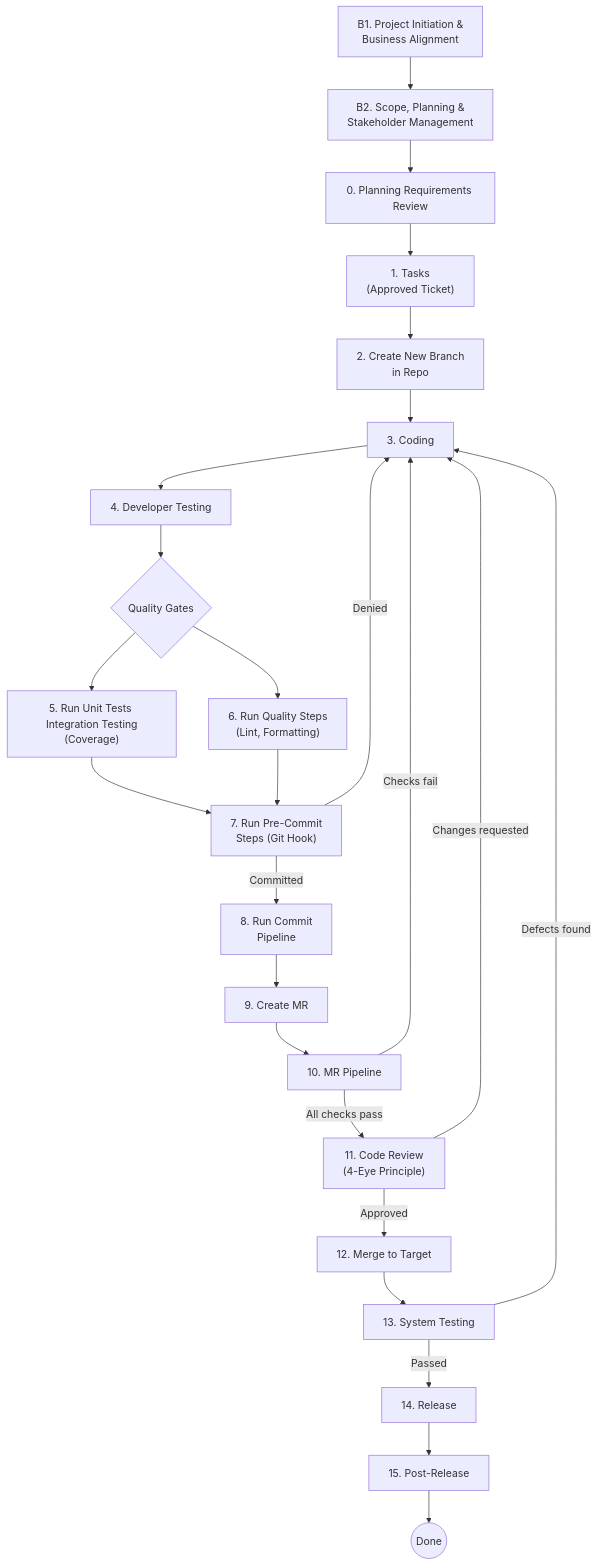
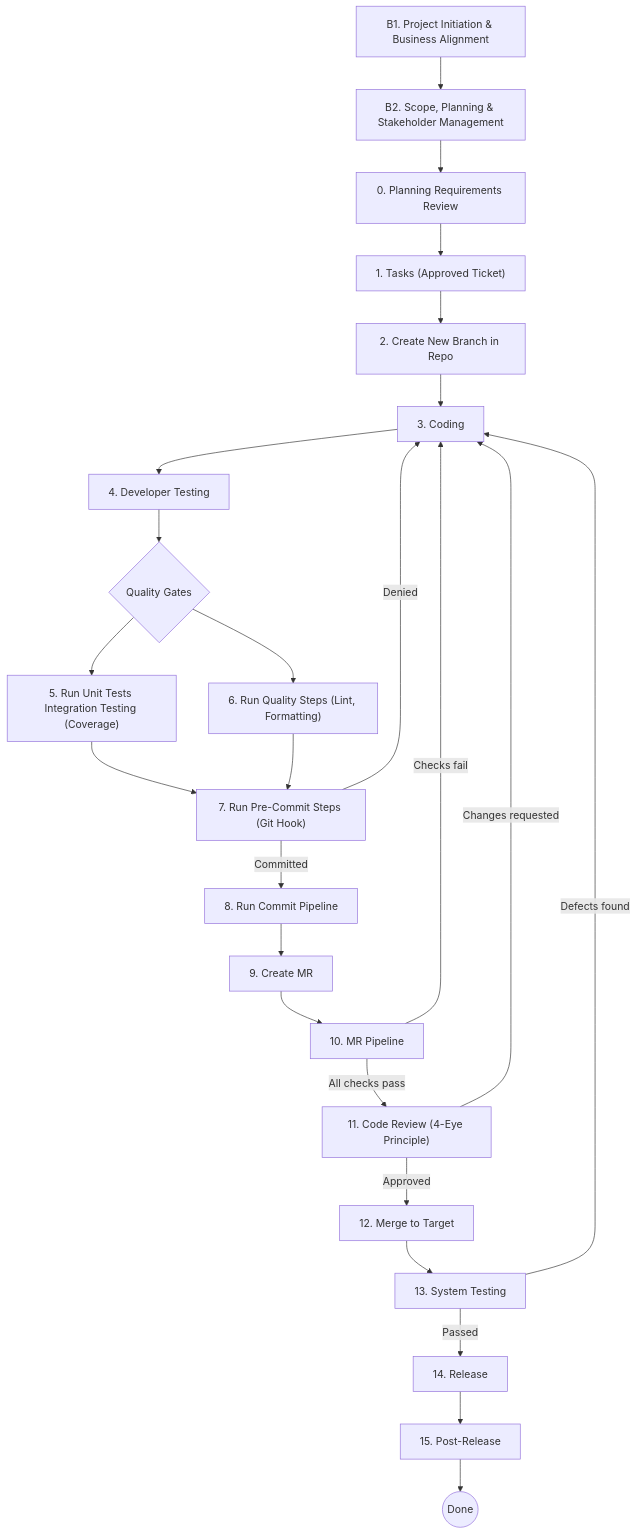
Before and after one commit to le0nce/developer-workflow: the diagram in extended-steps/workflow.md, drawn with Mermaid. The commit also changed 2 other files, not shown here.

Commit message:
Formatting

````diff
--- a/extended-steps/workflow.md
+++ b/extended-steps/workflow.md
@@ -3,38 +3,38 @@
 ```mermaid
 flowchart TD
-    B1["B1. Project Initiation &\nBusiness Alignment"] --> B2["B2. Scope, Planning &\nStakeholder Management"]
+    B1["B1. Project Initiation & Business Alignment"] --> B2["B2. Scope, Planning & Stakeholder Management"]
     B2 --> P["0. Planning Requirements Review"]
-    P --> A["1. Tasks\n(Approved Ticket)"]
-    A --> B["2. Create New Branch\nin Repo"]
+    P --> A["1. Tasks (Approved Ticket)"]
+    A --> B["2. Create New Branch in Repo"]
     B --> C["3. Coding"]
     C --> D["4. Developer Testing"]
     D --> E{"Quality Gates"}
 
-    E --> F["5. Run Unit Tests Integration Testing\n(Coverage)"]
-    E --> G["6. Run Quality Steps\n(Lint, Formatting)"]
+    E --> F["5. Run Unit Tests Integration Testing (Coverage)"]
+    E --> G["6. Run Quality Steps (Lint, Formatting)"]
 
-    F --> H["7. Run Pre-Commit\nSteps (Git Hook)"]
+    F --> H["7. Run Pre-Commit Steps (Git Hook)"]
     G --> H
 
-    H -->|"Committed"| I["8. Run Commit\nPipeline"]
+    H -->|"Committed"| I["8. Run Commit Pipeline"]
     H -->|"Denied"| C
 
     I --> J["9. Create MR"]
 
     J --> K["10. MR Pipeline"]
 
-    K -->|"All checks pass"| L["11. Code Review\n(4-Eye Principle)"]
+    K -->|"All checks pass"| L["11. Code Review (4-Eye Principle)"]
     K -->|"Checks fail"| C
 
     L -->|"Approved"| M["12. Merge to Target"]
     L -->|"Changes requested"| C
 
     M --> S["13. System Testing"]
 
     S -->|"Passed"| R["14. Release"]
     S -->|"Defects found"| C
 
     R --> PR["15. Post-Release"]
 
     PR --> N(("Done"))
 ```
````
